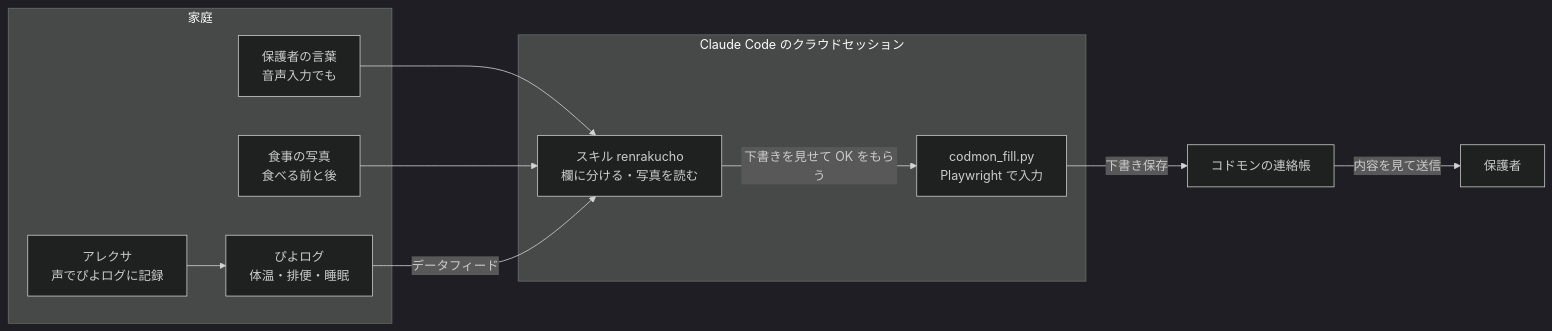
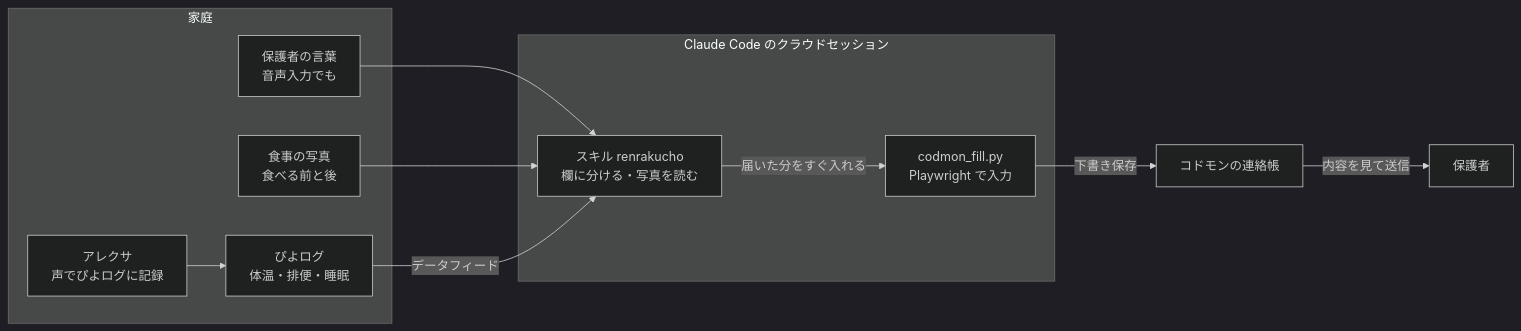
The diagram in README.md (ethfumi/codmon4claude), drawn with Mermaid (dark theme) before and after one commit. The commit also changed other lines of this file and 1 other file, not shown here.

````diff
--- a/README.md
+++ b/README.md
@@ -11,19 +11,19 @@
 ```mermaid
 flowchart LR
   subgraph 家庭
     A[保護者の言葉<br>音声入力でも] 
     B[食事の写真<br>食べる前と後]
     C[ぴよログ<br>体温・排便・睡眠]
     D[アレクサ<br>声でぴよログに記録] --> C
   end
   subgraph クラウドセッション[Claude Code のクラウドセッション]
     E[スキル renrakucho<br>欄に分ける・写真を読む]
     F[codmon_fill.py<br>Playwright で入力]
   end
   A --> E
   B --> E
   C -- データフィード --> E
-  E -- 下書きを見せて OK をもらう --> F
+  E -- 届いた分をすぐ入れる --> F
   F -- 下書き保存 --> G[コドモンの連絡帳]
   G -- 内容を見て送信 --> H[保護者]
 ```
````
